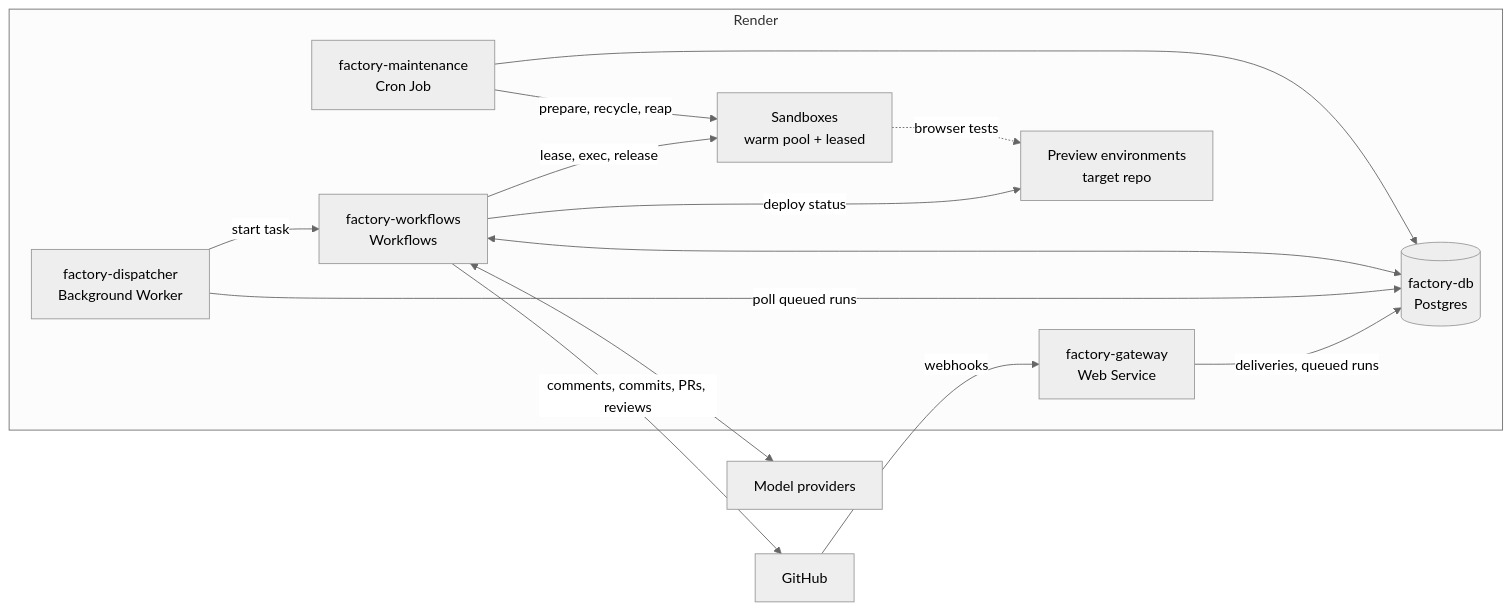
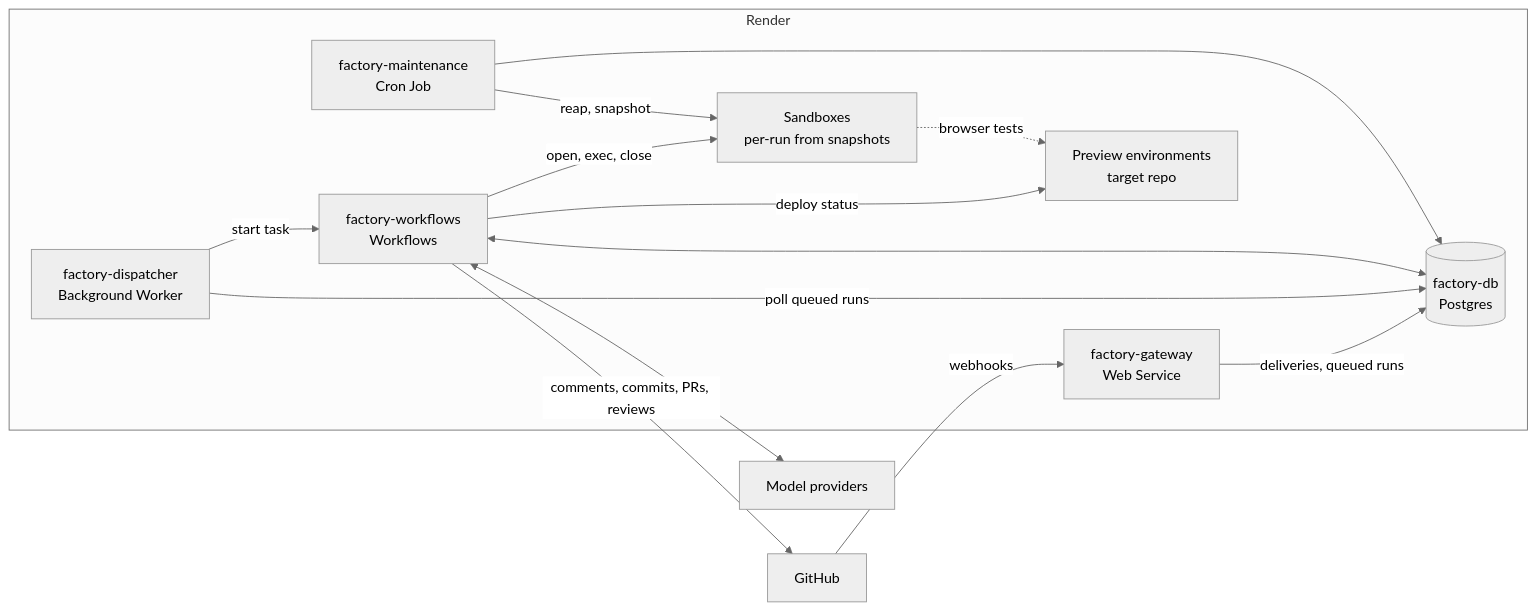
One commit to Ho1yShif/software-factory changed the first of 2 diagrams in docs/0-1-0-spec.md. Above: the diagram before and after it, drawn with Mermaid (neutral theme). The commit also changed other lines of this file and 2 other files, not shown here.

First line of the commit message:
Document per-run sandboxes restored from snapshots

````diff
--- a/docs/0-1-0-spec.md
+++ b/docs/0-1-0-spec.md
@@ -92,26 +92,26 @@
 ```mermaid
 flowchart LR
   GH["GitHub"]
   LLM["Model providers"]
   subgraph Render
     GW["factory-gateway<br/>Web Service"]
     DB[("factory-db<br/>Postgres")]
     DSP["factory-dispatcher<br/>Background Worker"]
     WF["factory-workflows<br/>Workflows"]
     MT["factory-maintenance<br/>Cron Job"]
-    SB["Sandboxes<br/>warm pool + leased"]
+    SB["Sandboxes<br/>per-run from snapshots"]
     PV["Preview environments<br/>target repo"]
   end
   GH -- "webhooks" --> GW
   GW -- "deliveries, queued runs" --> DB
   DSP -- "poll queued runs" --> DB
   DSP -- "start task" --> WF
   WF <--> DB
   WF <--> LLM
-  WF -- "lease, exec, release" --> SB
+  WF -- "open, exec, close" --> SB
   WF -- "comments, commits, PRs, reviews" --> GH
   WF -- "deploy status" --> PV
   MT --> DB
-  MT -- "prepare, recycle, reap" --> SB
+  MT -- "reap, snapshot" --> SB
   SB -. "browser tests" .-> PV
 ```
````
